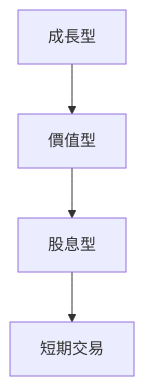
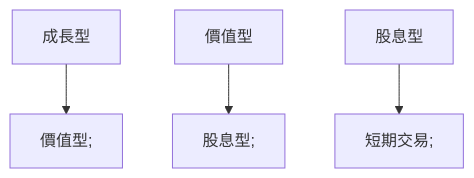
Diagram 11 of 11 in ai_gen_report/stock/meta/fundamental_analysis_2026-03-25_openai.md (yennanliu/finance_data), drawn with Mermaid before and after one commit. The commit also changed other lines of this file and 2258 other files, not shown here.

First line of the commit message:
chore: backfill Mermaid syntax repair across existing reports

````diff
--- a/ai_gen_report/stock/meta/fundamental_analysis_2026-03-25_openai.md
+++ b/ai_gen_report/stock/meta/fundamental_analysis_2026-03-25_openai.md
@@ -330,6 +330,6 @@
 ```mermaid
 graph TD
-    成長型 --> 價值型;
-    價值型 --> 股息型;
-    股息型 --> 短期交易;
+    成長型 --> nb1["價值型;"]
+    價值型 --> nb2["股息型;"]
+    股息型 --> nb3["短期交易;"]
 ```
````
